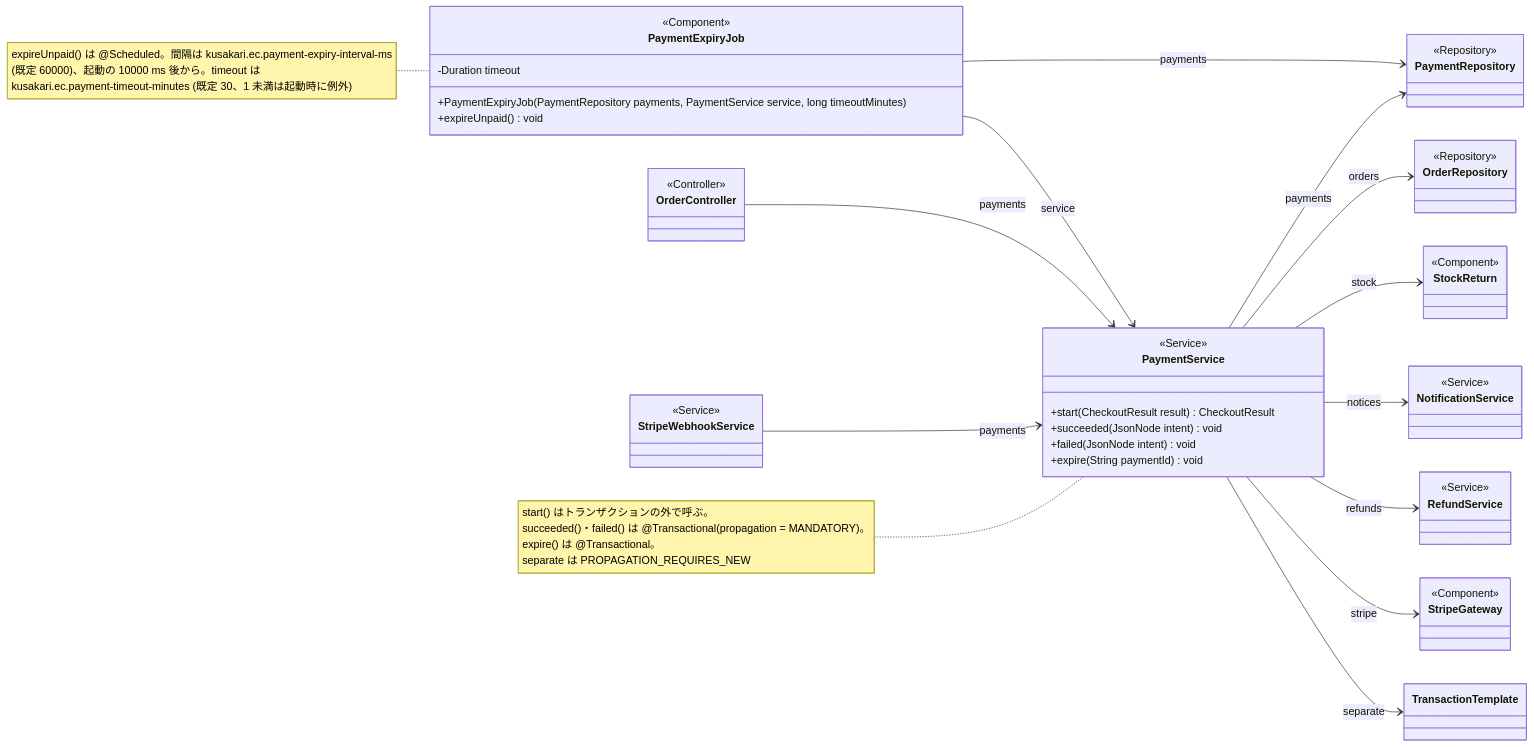
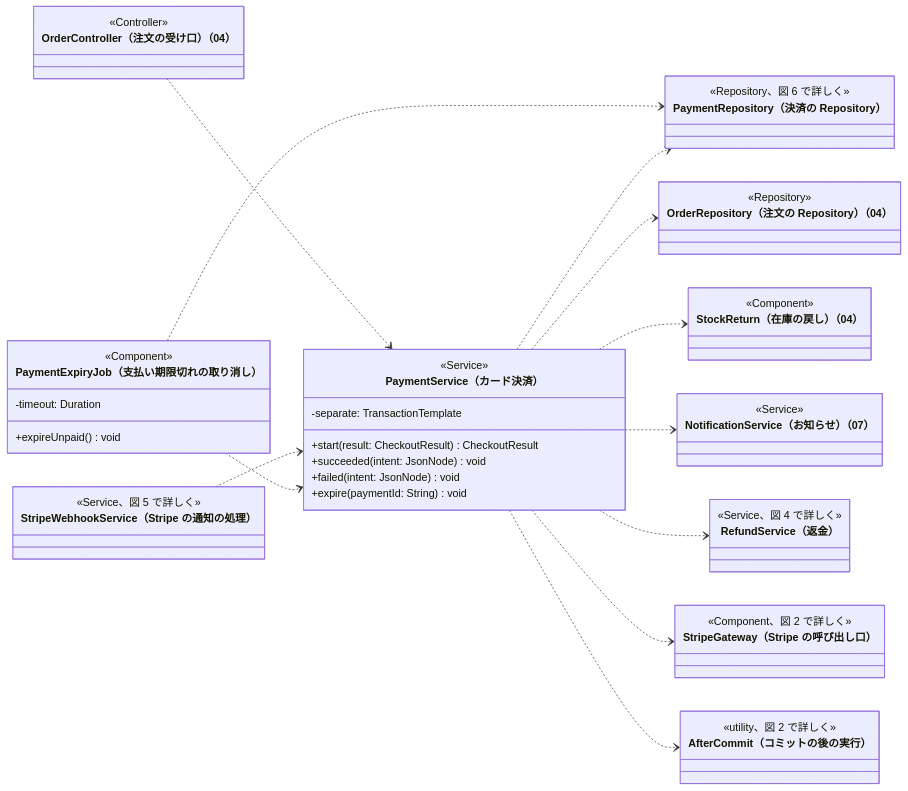
The third of 6 diagrams in クラス図/kusakari-ec/05_決済.md (abeouga/kusakari-document), drawn with Mermaid before and after one commit. The commit also changed other lines of this file and 87 other files, not shown here.

Commit message:
EC のクラス図に全体図を足し、詳細図をデータとモジュールの図に分けて書き直す

````diff
--- a/クラス図/kusakari-ec/05_決済.md
+++ b/クラス図/kusakari-ec/05_決済.md
@@ -209,57 +215,56 @@
 ```mermaid
 classDiagram
-  direction LR
-  class PaymentService {
-    <<Service>>
-    +start(CheckoutResult result) CheckoutResult
-    +succeeded(JsonNode intent) void
-    +failed(JsonNode intent) void
-    +expire(String paymentId) void
-  }
-  class PaymentExpiryJob {
-    <<Component>>
-    -Duration timeout
-    +PaymentExpiryJob(PaymentRepository payments, PaymentService service, long timeoutMinutes)
-    +expireUnpaid() void
-  }
-  class PaymentRepository {
-    <<Repository>>
-  }
-  class RefundService {
-    <<Service>>
-  }
-  class StripeGateway {
-    <<Component>>
-  }
-  class OrderRepository {
-    <<Repository>>
-  }
-  class StockReturn {
-    <<Component>>
-  }
-  class NotificationService {
-    <<Service>>
-  }
-  class TransactionTemplate
-  class OrderController {
-    <<Controller>>
-  }
-  class StripeWebhookService {
-    <<Service>>
-  }
+    direction LR
+    class OrderController["OrderController（注文の受け口）（04）"] {
+        <<Controller>>
+    }
+    class StripeWebhookService["StripeWebhookService（Stripe の通知の処理）"] {
+        <<Service、図 5 で詳しく>>
+    }
+    class PaymentExpiryJob["PaymentExpiryJob（支払い期限切れの取り消し）"] {
+        <<Component>>
+        -timeout: Duration
+        +expireUnpaid() void
+    }
+    class PaymentService["PaymentService（カード決済）"] {
+        <<Service>>
+        -separate: TransactionTemplate
+        +start(result: CheckoutResult) CheckoutResult
+        +succeeded(intent: JsonNode) void
+        +failed(intent: JsonNode) void
+        +expire(paymentId: String) void
+    }
+    class PaymentRepository["PaymentRepository（決済の Repository）"] {
+        <<Repository、図 6 で詳しく>>
+    }
+    class OrderRepository["OrderRepository（注文の Repository）（04）"] {
+        <<Repository>>
+    }
+    class StockReturn["StockReturn（在庫の戻し）（04）"] {
+        <<Component>>
+    }
+    class NotificationService["NotificationService（お知らせ）（07）"] {
+        <<Service>>
+    }
+    class RefundService["RefundService（返金）"] {
+        <<Service、図 4 で詳しく>>
+    }
+    class StripeGateway["StripeGateway（Stripe の呼び出し口）"] {
+        <<Component、図 2 で詳しく>>
+    }
+    class AfterCommit["AfterCommit（コミットの後の実行）"] {
+        <<utility、図 2 で詳しく>>
+    }
 
-  PaymentService --> PaymentRepository : payments
-  PaymentService --> OrderRepository : orders
-  PaymentService --> StockReturn : stock
-  PaymentService --> NotificationService : notices
-  PaymentService --> RefundService : refunds
-  PaymentService --> StripeGateway : stripe
-  PaymentService --> TransactionTemplate : separate
-  PaymentExpiryJob --> PaymentRepository : payments
-  PaymentExpiryJob --> PaymentService : service
-  OrderController --> PaymentService : payments
-  StripeWebhookService --> PaymentService : payments
-
-  note for PaymentService "start() はトランザクションの外で呼ぶ。<br/>succeeded()・failed() は @Transactional(propagation = MANDATORY)。<br/>expire() は @Transactional。<br/>separate は PROPAGATION_REQUIRES_NEW"
-  note for PaymentExpiryJob "expireUnpaid() は @Scheduled。間隔は kusakari.ec.payment-expiry-interval-ms<br/>(既定 60000)、起動の 10000 ms 後から。timeout は<br/>kusakari.ec.payment-timeout-minutes (既定 30、1 未満は起動時に例外)"
+    OrderController ..> PaymentService
+    StripeWebhookService ..> PaymentService
+    PaymentExpiryJob ..> PaymentService
+    PaymentExpiryJob ..> PaymentRepository
+    PaymentService ..> PaymentRepository
+    PaymentService ..> OrderRepository
+    PaymentService ..> StockReturn
+    PaymentService ..> NotificationService
+    PaymentService ..> RefundService
+    PaymentService ..> StripeGateway
+    PaymentService ..> AfterCommit
 ```
````
